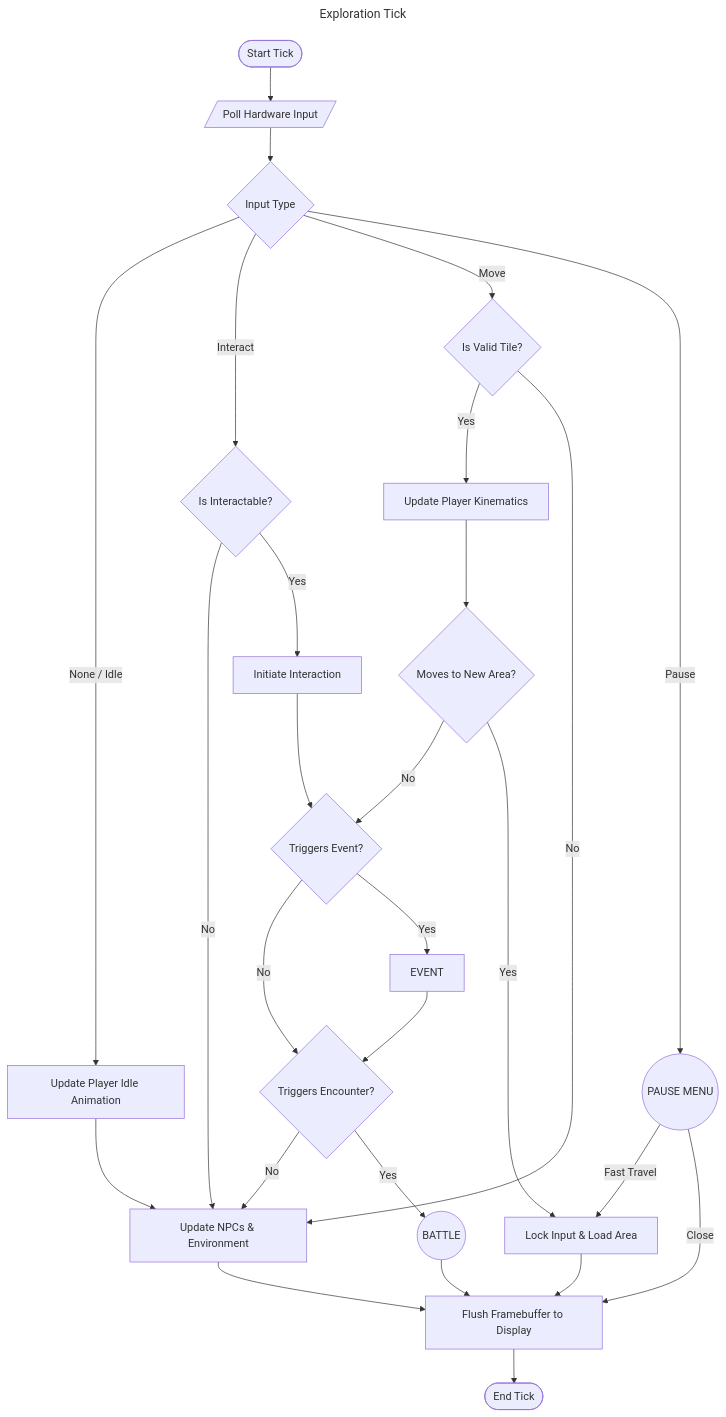
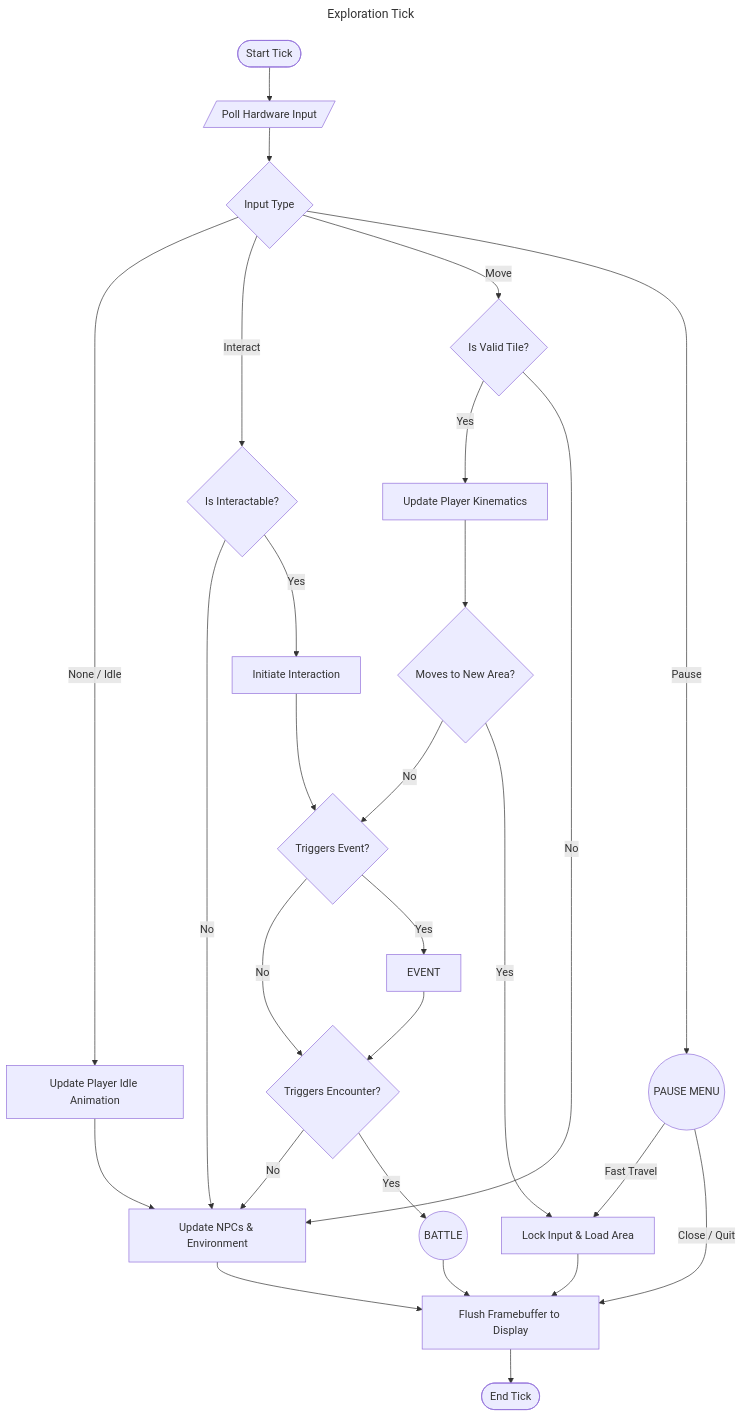
One commit to CharlesMC11/sprite-engine changed the diagram in Documentation/exploration-ticks.mmd. Above: the diagram before and after it, drawn with Mermaid. The commit also changed 3 other files, not shown here.

```diff
--- a/Documentation/exploration-ticks.mmd
+++ b/Documentation/exploration-ticks.mmd
@@ -1,40 +1,40 @@
 ---
 title: Exploration Tick
 ---
 flowchart
     START([Start Tick]) --> Input[/Poll Hardware Input/]
     Input --> InputType{Input Type}
     InputType -->|None / Idle| Idle[Update Player Idle Animation]
     InputType -->|Interact| Interactable?{Is Interactable?}
     InputType -->|Move| Physics{Is Valid Tile?}
     InputType -->|Pause| PAUSE((PAUSE MENU))
 
     Idle --> SimWorld[Update NPCs & Environment]
 
     PAUSE -->|Fast Travel| Load
-    PAUSE -->|Close| Render
+    PAUSE -->|Close / Quit| Render
 
     Interactable? -->|No| SimWorld
     Interactable? -->|Yes| Interact[Initiate Interaction]
     Interact --> Event?{Triggers Event?}
 
     Event? -->|No| Encounter?{Triggers Encounter?}
     Encounter? -->|No| SimWorld
     Encounter? -->|Yes| Battle((BATTLE))
 
     Event? -->|Yes| EVENT
     EVENT --> Encounter?
 
     Physics -->|Yes| Move[Update Player Kinematics]
     Physics -->|No| SimWorld
 
     Move --> LoadArea?{Moves to New Area?}
     LoadArea? -->|No| Event?
     LoadArea? -->|Yes| Load[Lock Input & Load Area]
 
     SimWorld--> Render[Flush Framebuffer to Display]
 
     Load --> Render
     Battle --> Render
 
     Render --> END([End Tick])
```
